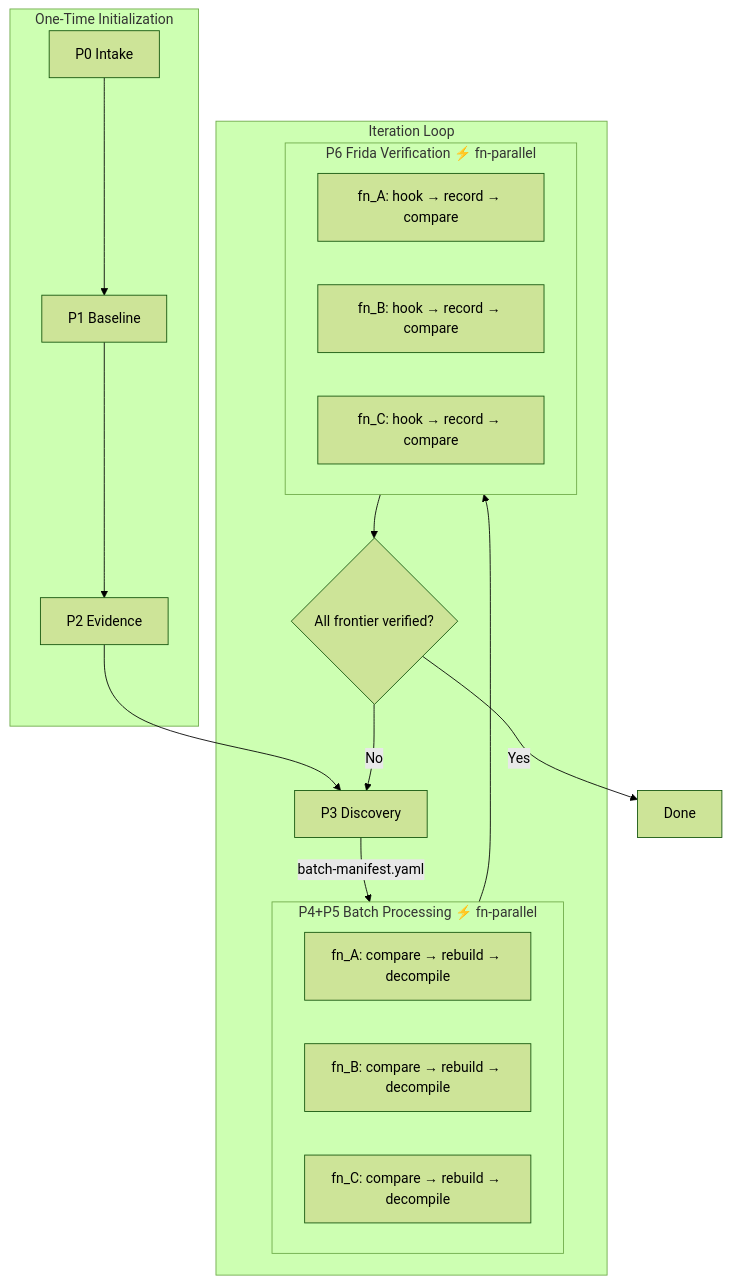
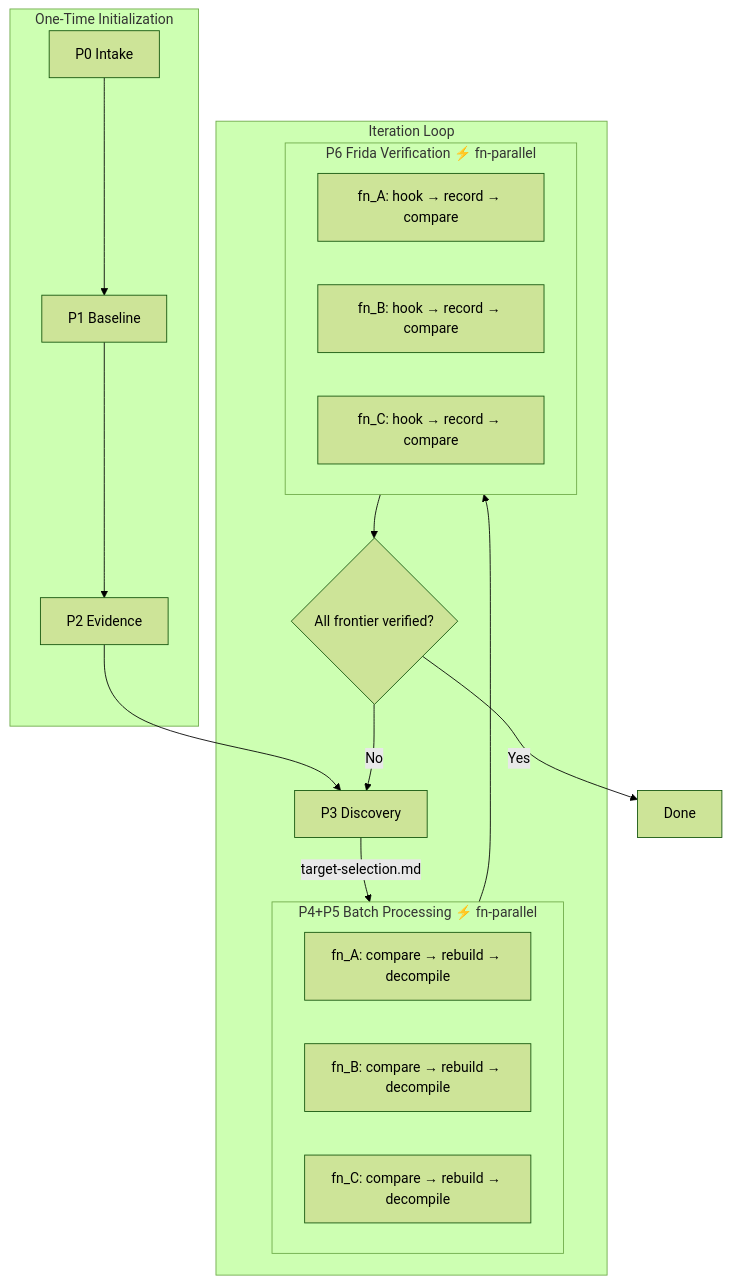
Before and after one commit to ByteLandTechnology/headless-ghidra: the diagram in headless-ghidra/SKILL.md, drawn with Mermaid (forest theme). The commit also changed other lines of this file and 17 other files, not shown here.

````diff
--- a/headless-ghidra/SKILL.md
+++ b/headless-ghidra/SKILL.md
@@ -43,32 +43,32 @@
 ```mermaid
 flowchart TD
     subgraph init["One-Time Initialization"]
         P0["P0 Intake"] --> P1["P1 Baseline"]
         P1 --> P2["P2 Evidence"]
     end
 
     P2 --> P3
 
     subgraph loop["Iteration Loop"]
-        P3["P3 Discovery"] -->|"batch-manifest.yaml"| P4P5
+        P3["P3 Discovery"] -->|"target-selection.md"| P4P5
 
         subgraph P4P5["P4+P5 Batch Processing ⚡ fn-parallel"]
             fn_A_d["fn_A: compare → rebuild → decompile"]
             fn_B_d["fn_B: compare → rebuild → decompile"]
             fn_C_d["fn_C: compare → rebuild → decompile"]
         end
 
         P4P5 --> P6
 
         subgraph P6["P6 Frida Verification ⚡ fn-parallel"]
             fn_A_v["fn_A: hook → record → compare"]
             fn_B_v["fn_B: hook → record → compare"]
             fn_C_v["fn_C: hook → record → compare"]
         end
 
         P6 --> check{"All frontier verified?"}
         check -->|No| P3
     end
 
     check -->|Yes| done["Done"]
 ```
````
